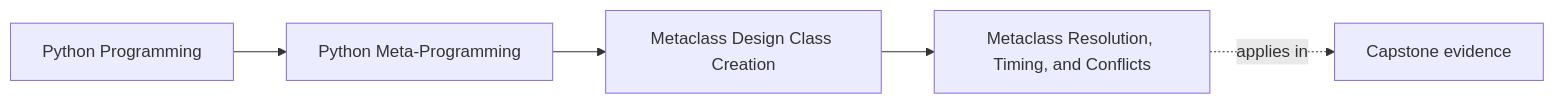
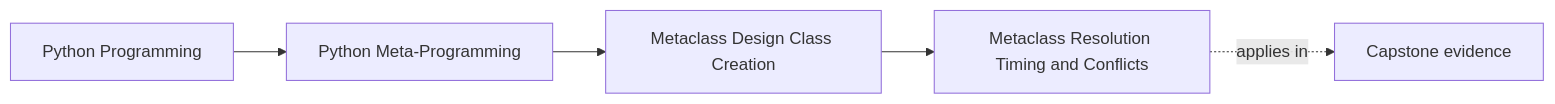
Before and after one commit to bijux/bijux-masterclass: the first of 2 diagrams in programs/python-programming/python-meta-programming/course-book/module-09-metaclass-design-class-creation/metaclass-resolution-timing-and-conflicts.md, drawn with Mermaid. The commit also changed other lines of this file, not shown here.

Commit message:
docs(module-09): prove metaclass selection and conflict

````diff
--- a/programs/python-programming/python-meta-programming/course-book/module-09-metaclass-design-class-creation/metaclass-resolution-timing-and-conflicts.md
+++ b/programs/python-programming/python-meta-programming/course-book/module-09-metaclass-design-class-creation/metaclass-resolution-timing-and-conflicts.md
@@ -7,11 +6,11 @@
 ```mermaid
 graph LR
   family["Python Programming"]
   program["Python Meta-Programming"]
   section["Metaclass Design Class Creation"]
-  page["Metaclass Resolution, Timing, and Conflicts"]
+  page["Metaclass Resolution Timing and Conflicts"]
   capstone["Capstone evidence"]
 
   family --> program --> section --> page
   page -.applies in.-> capstone
 ```
````
